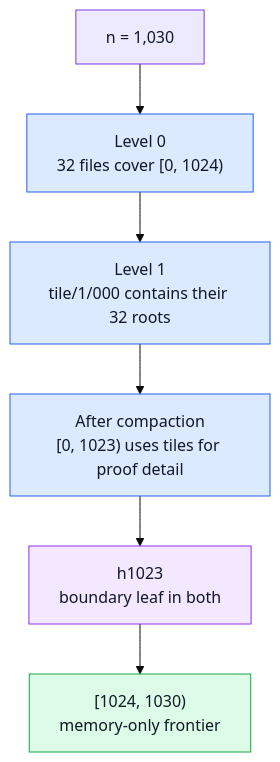
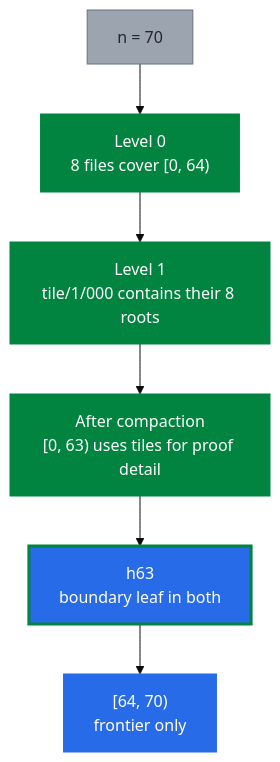
Before and after one commit to microsoft/merklecpp: diagram 12 of 20 in doc/tiles-illustrated.rst, drawn with Mermaid (base theme). The commit also changed other lines of this file, not shown here.

First line of the commit message:
Align illustrated guide with proof atlas

```diff
--- a/doc/tiles-illustrated.rst
+++ b/doc/tiles-illustrated.rst
@@ -404,20 +402,20 @@
 .. mermaid::
 
    flowchart TB
-     N["n = 1,030"]:::computed
-     T0["Level 0<br/>32 files cover [0, 1024)"]:::tile
-     T1["Level 1<br/>tile/1/000 contains their 32 roots"]:::tile
-     C["After compaction<br/>[0, 1023) uses tiles for proof detail"]:::tile
-     B["h1023<br/>boundary leaf in both"]:::both
-     M["[1024, 1030)<br/>memory-only frontier"]:::memory
+     N["n = 70"]:::computed
+     T0["Level 0<br/>8 files cover [0, 64)"]:::tile
+     T1["Level 1<br/>tile/1/000 contains their 8 roots"]:::tile
+     C["After compaction<br/>[0, 63) uses tiles for proof detail"]:::tile
+     B["h63<br/>boundary leaf in both"]:::both
+     M["[64, 70)<br/>frontier only"]:::memory
 
      N --> T0
      T0 --> T1
      T1 --> C
      C --> B
      B --> M
 
-     classDef tile fill:#dbeafe,stroke:#2563eb,color:#111827
-     classDef memory fill:#dcfce7,stroke:#16a34a,color:#111827
-     classDef both fill:#f3e8ff,stroke:#9333ea,color:#111827
-     classDef computed fill:#ede9fe,stroke:#7c3aed,color:#111827
+     classDef tile fill:#00843f,stroke:#00843f,color:#ffffff
+     classDef memory fill:#276be9,stroke:#276be9,color:#ffffff
+     classDef both fill:#276be9,stroke:#00843f,stroke-width:3px,color:#ffffff
+     classDef computed fill:#9ca4af,stroke:#677384,color:#222832
```
